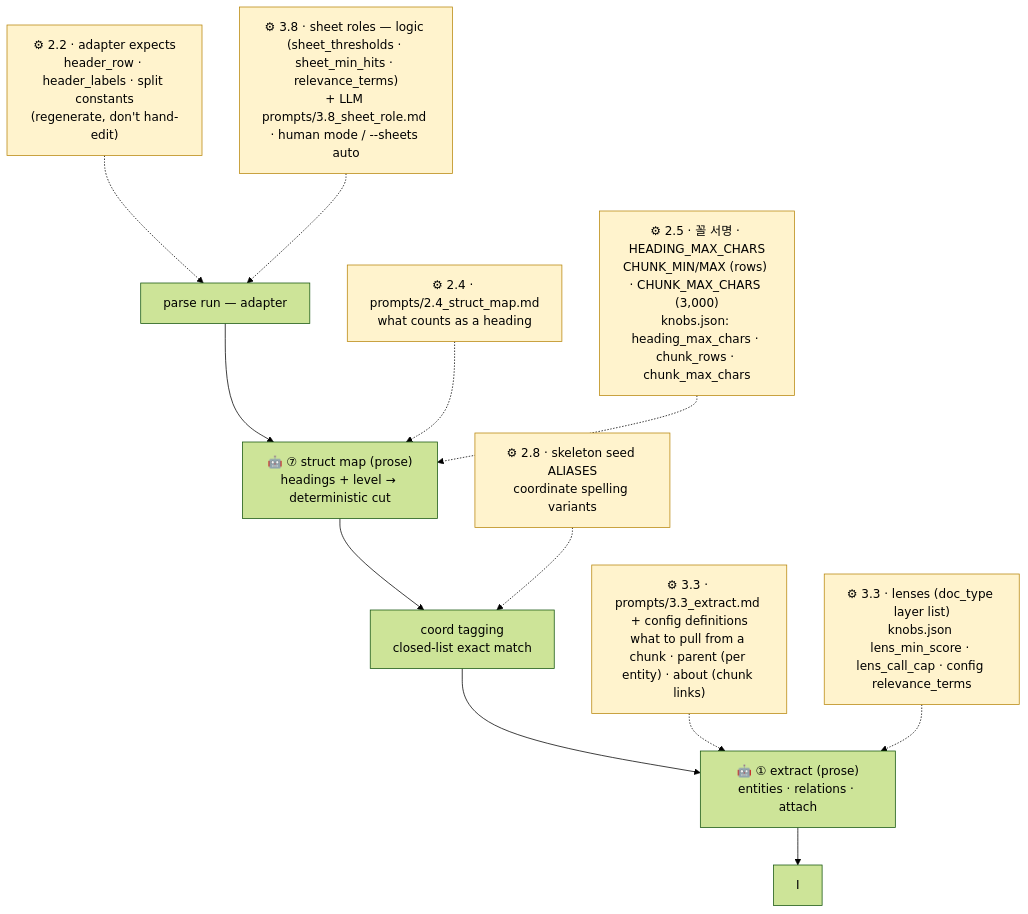
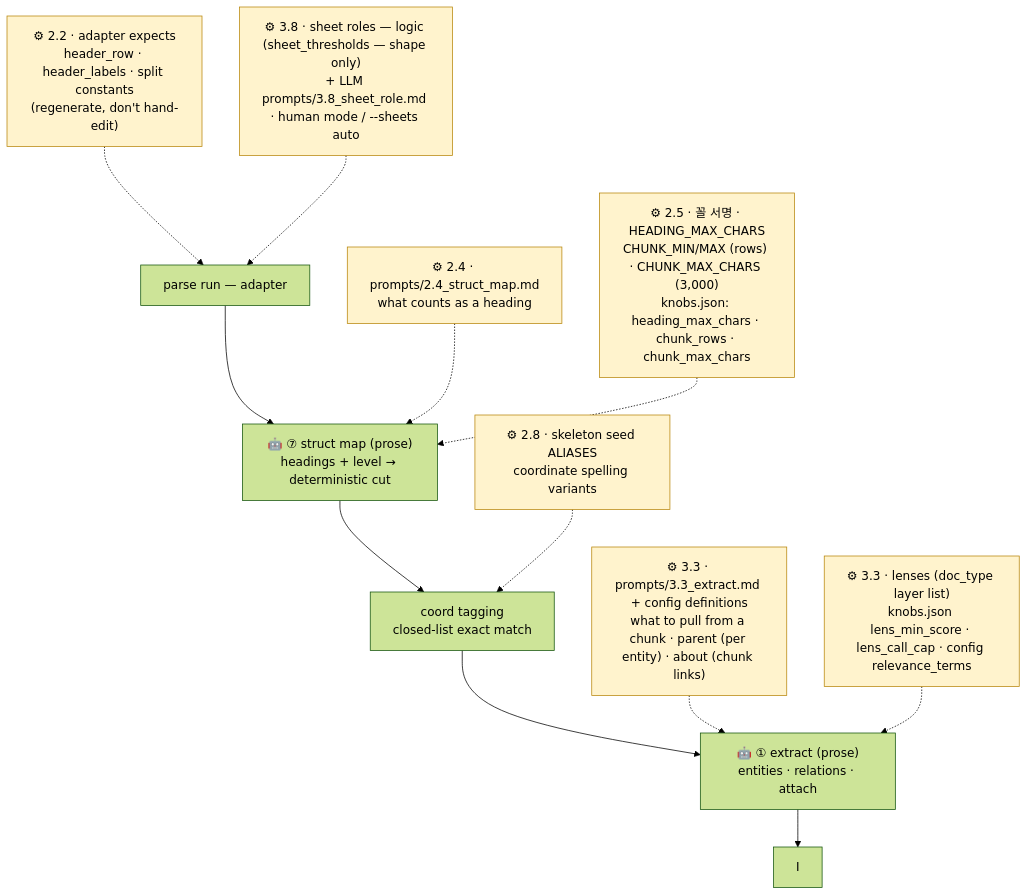
One commit to playjae0/ontology_system changed the second of 4 diagrams in docs/구조도/05_조절_지도.md. Above: the diagram before and after it, drawn with Mermaid (forest theme). The commit also changed other lines of this file and 71 other files, not shown here.

````diff
--- a/docs/구조도/05_조절_지도.md
+++ b/docs/구조도/05_조절_지도.md
@@ -41,16 +41,16 @@
 ```mermaid
 flowchart TD
   G["parse run — adapter"] --> G2["🤖 ⑦ struct map (prose)<br/>headings + level → deterministic cut"]
   G2 --> H["coord tagging<br/>closed-list exact match"]
   H --> X["🤖 ① extract (prose)<br/>entities · relations · attach"]
   X --> I
 
   Q0["⚙ 2.2 · adapter expects<br/>header_row · header_labels · split constants<br/>(regenerate, don't hand-edit)"]:::knob -.-> G
   Q7["⚙ 2.4 · prompts/2.4_struct_map.md<br/>what counts as a heading"]:::knob -.-> G2
   Q10["⚙ 2.5 · 꼴 서명 · HEADING_MAX_CHARS<br/>CHUNK_MIN/MAX (rows) · CHUNK_MAX_CHARS (3,000)<br/>knobs.json: heading_max_chars · chunk_rows · chunk_max_chars"]:::knob -.-> G2
-  Q11["⚙ 3.8 · sheet roles — logic (sheet_thresholds · sheet_min_hits · relevance_terms)<br/>+ LLM prompts/3.8_sheet_role.md · human mode / --sheets auto"]:::knob -.-> G
+  Q11["⚙ 3.8 · sheet roles — logic (sheet_thresholds — shape only)<br/>+ LLM prompts/3.8_sheet_role.md · human mode / --sheets auto"]:::knob -.-> G
   Q1["⚙ 2.8 · skeleton seed ALIASES<br/>coordinate spelling variants"]:::knob -.-> H
   Q8["⚙ 3.3 · prompts/3.3_extract.md + config definitions<br/>what to pull from a chunk · parent (per entity) · about (chunk links)"]:::knob -.-> X
   Q12["⚙ 3.3 · lenses (doc_type layer list)<br/>knobs.json lens_min_score · lens_call_cap · config relevance_terms"]:::knob -.-> X
   classDef knob fill:#fff3cd,stroke:#b8860b
 ```
````
